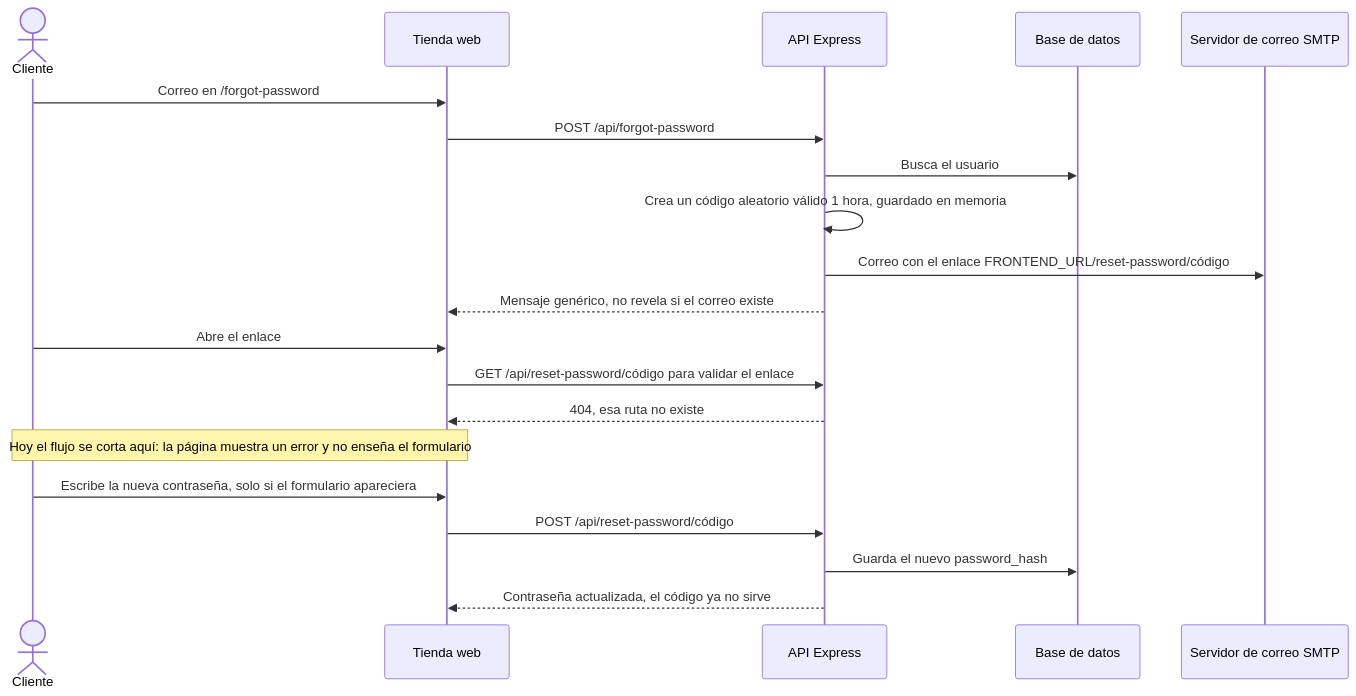
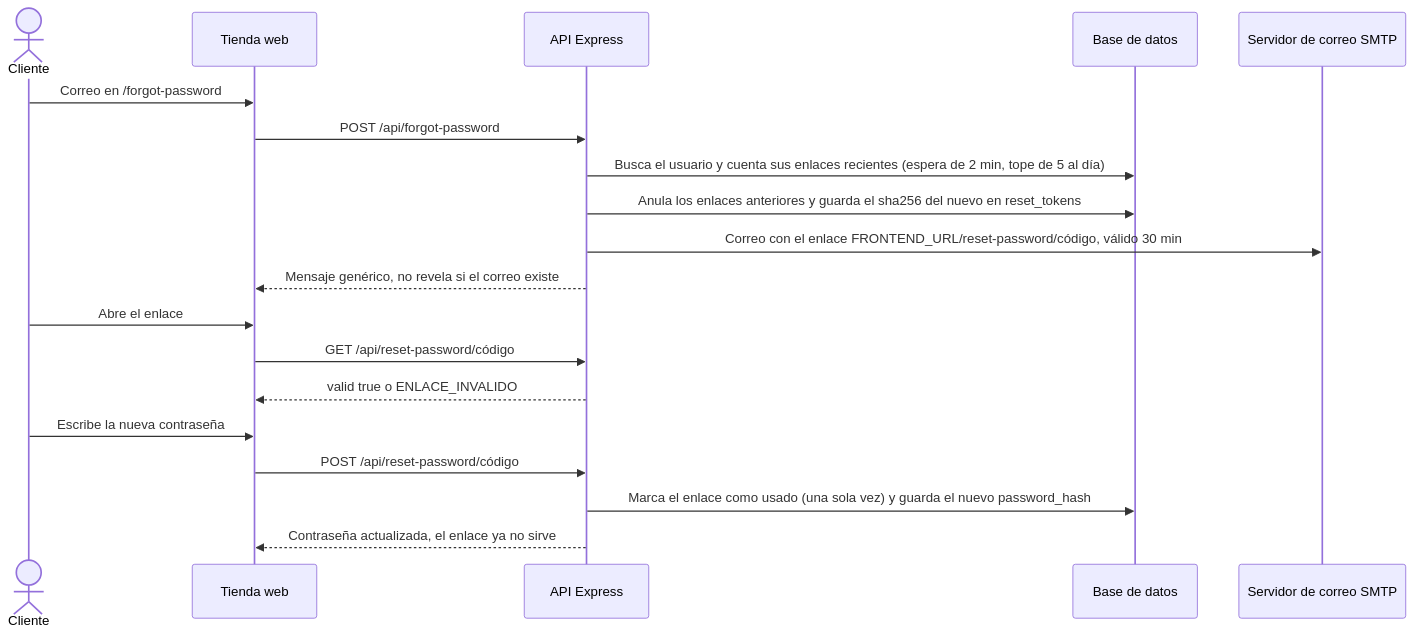
The fifth of 12 diagrams in docs/arquitectura/08-flujos.md (cristian-0023/SUPER-GELATTO), drawn with Mermaid before and after one commit. The commit also changed other lines of this file and 9 other files, not shown here.

Commit message:
docs: arquitectura 01 a 08, README raíz y enlaces al día con main después del PR #25

````diff
--- a/docs/arquitectura/08-flujos.md
+++ b/docs/arquitectura/08-flujos.md
@@ -123,22 +123,21 @@
 ```mermaid
 sequenceDiagram
   actor C as Cliente
   participant W as Tienda web
   participant API as API Express
   participant DB as Base de datos
   participant M as Servidor de correo SMTP
   C->>W: Correo en /forgot-password
   W->>API: POST /api/forgot-password
-  API->>DB: Busca el usuario
-  API->>API: Crea un código aleatorio válido 1 hora, guardado en memoria
-  API->>M: Correo con el enlace FRONTEND_URL/reset-password/código
+  API->>DB: Busca el usuario y cuenta sus enlaces recientes (espera de 2 min, tope de 5 al día)
+  API->>DB: Anula los enlaces anteriores y guarda el sha256 del nuevo en reset_tokens
+  API->>M: Correo con el enlace FRONTEND_URL/reset-password/código, válido 30 min
   API-->>W: Mensaje genérico, no revela si el correo existe
   C->>W: Abre el enlace
-  W->>API: GET /api/reset-password/código para validar el enlace
-  API-->>W: 404, esa ruta no existe
-  Note over C,W: Hoy el flujo se corta aquí: la página muestra un error y no enseña el formulario
-  C->>W: Escribe la nueva contraseña, solo si el formulario apareciera
+  W->>API: GET /api/reset-password/código
+  API-->>W: valid true o ENLACE_INVALIDO
+  C->>W: Escribe la nueva contraseña
   W->>API: POST /api/reset-password/código
-  API->>DB: Guarda el nuevo password_hash
-  API-->>W: Contraseña actualizada, el código ya no sirve
+  API->>DB: Marca el enlace como usado (una sola vez) y guarda el nuevo password_hash
+  API-->>W: Contraseña actualizada, el enlace ya no sirve
 ```
````
